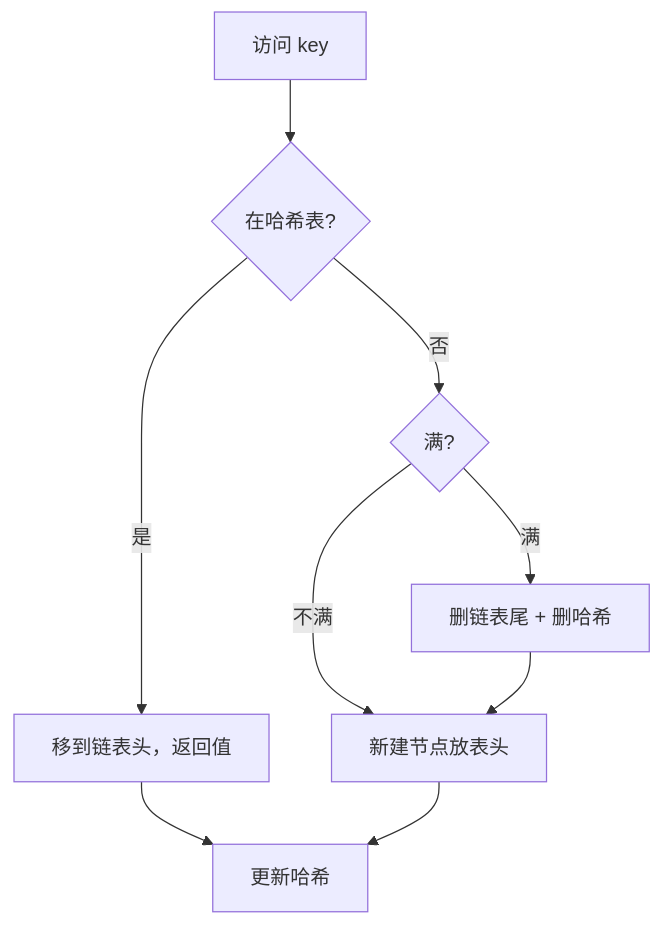
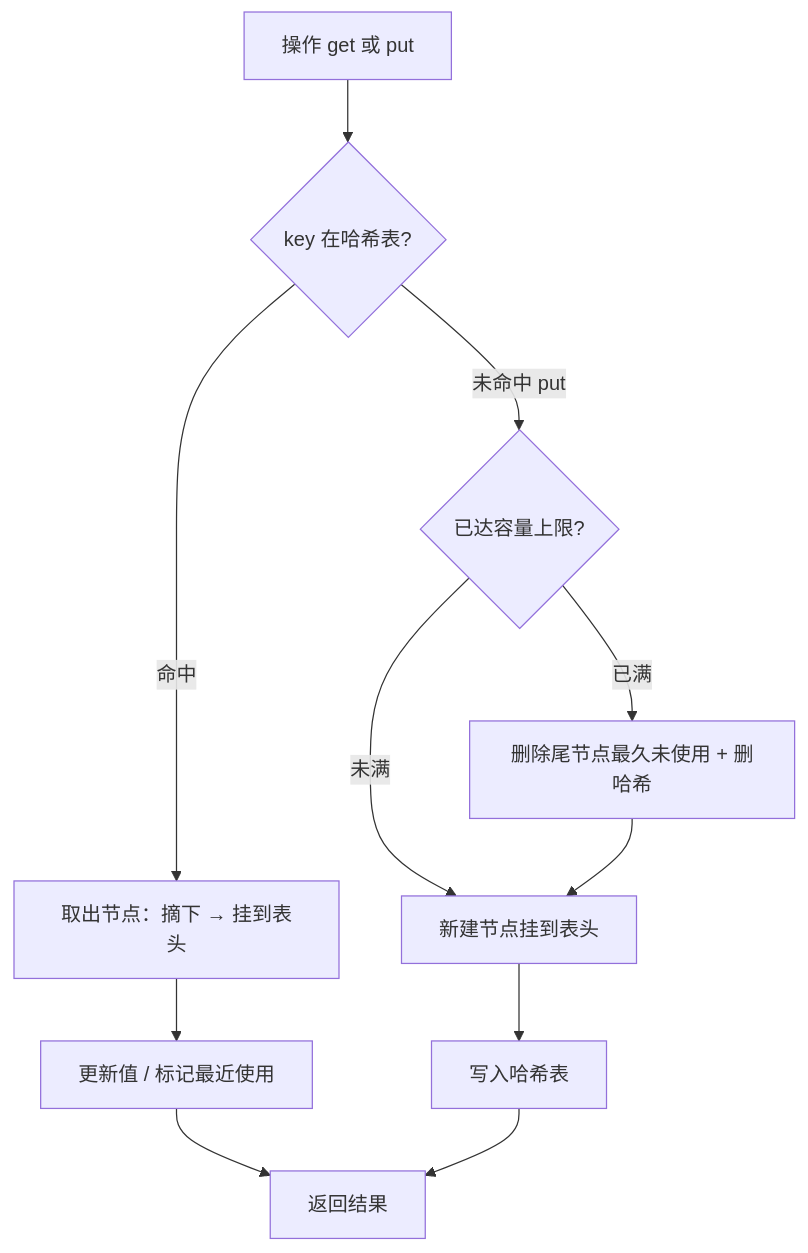
Before and after one commit to OctalZero/hot100-py: the first of 2 diagrams in 08-链表/0146-LRU_缓存.md, drawn with Mermaid. The commit also changed other lines of this file and 117 other files, not shown here.

First line of the commit message:
feat: 全题解配图升级为「动画式 mermaid」（总览骨架 + 横向时间线逐步推演）

````diff
--- a/08-链表/0146-LRU_缓存.md
+++ b/08-链表/0146-LRU_缓存.md
@@ -42,11 +42,13 @@
 ```mermaid
 flowchart TD
-    A["访问 key"] --> B{"在哈希表?"}
-    B -- "是" --> C["移到链表头，返回值"]
-    B -- "否" --> D{"满?"}
-    D -- "满" --> E["删链表尾 + 删哈希"]
-    D -- "不满" --> F["新建节点放表头"]
+    A["操作 get 或 put"] --> B{"key 在哈希表?"}
+    B -->|"命中"| C["取出节点：摘下 → 挂到表头"]
+    B -->|"未命中 put"| D{"已达容量上限?"}
+    D -->|"已满"| E["删除尾节点最久未使用 + 删哈希"]
+    D -->|"未满"| F["新建节点挂到表头"]
     E --> F
-    C --> G["更新哈希"]
-    F --> G
+    F --> G["写入哈希表"]
+    C --> H["更新值 / 标记最近使用"]
+    H --> I["返回结果"]
+    G --> I
 ```
````
